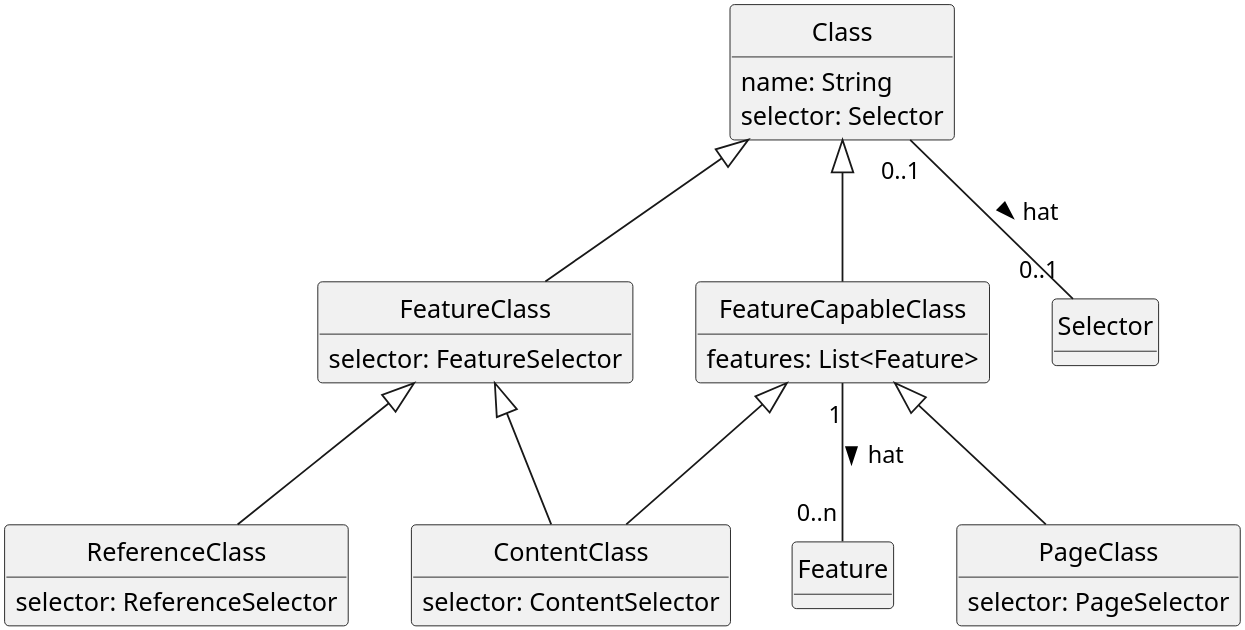
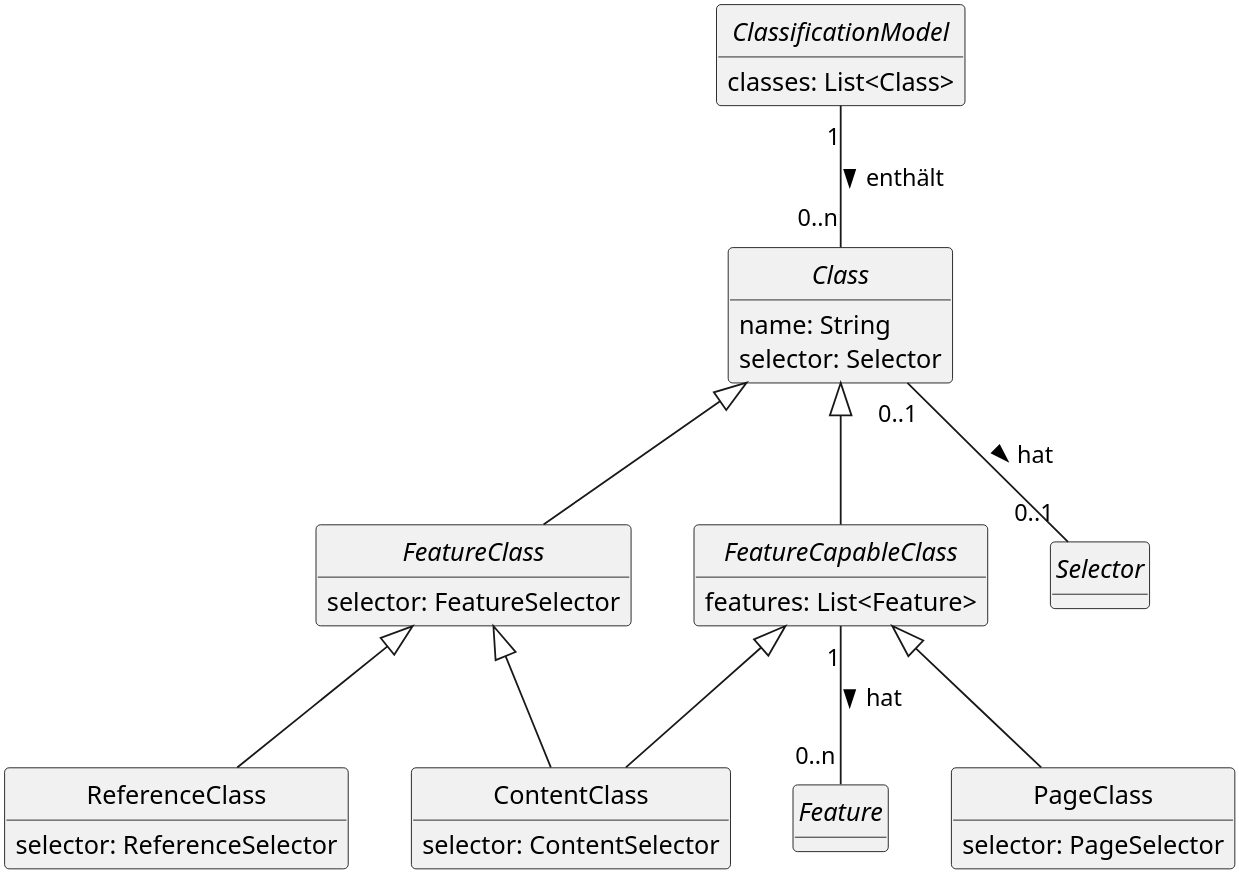
Before and after one commit to TheGreyKoala/master-thesis: the diagram in src/main/resources/dsl/classes.plantuml, drawn with PlantUML. The commit also changed 12 other files, not shown here.

Commit message:
Checking prepared mindmaps

```diff
--- a/src/main/resources/dsl/classes.plantuml
+++ b/src/main/resources/dsl/classes.plantuml
@@ -1,39 +1,47 @@
 @startuml
 hide circle
 hide empty methods
 scale 3840*2160
 
-class Class {
+abstract class Class {
     name: String
     selector: Selector
+}
+
+abstract class ClassificationModel {
+    classes: List<Class>
 }
 
 class ContentClass {
     selector: ContentSelector
 }
 
-class FeatureClass {
+abstract class FeatureClass {
     selector: FeatureSelector
 }
 
-class FeatureCapableClass {
+abstract class FeatureCapableClass {
     features: List<Feature>
 }
 
 class PageClass {
     selector: PageSelector
 }
 
 class ReferenceClass {
     selector: ReferenceSelector
 }
 
+abstract class Selector
+abstract class Feature
+
 Class <|-- FeatureClass
 Class <|-- FeatureCapableClass
 Class "0..1" -- "0..1" Selector : > hat
+ClassificationModel "1" -- "0..n" Class : > enthält
 FeatureCapableClass <|-- ContentClass
 FeatureCapableClass "1" -- "0..n" Feature : > hat
 FeatureCapableClass <|-- PageClass
 FeatureClass <|-- ContentClass
 FeatureClass <|-- ReferenceClass
 @enduml
```
